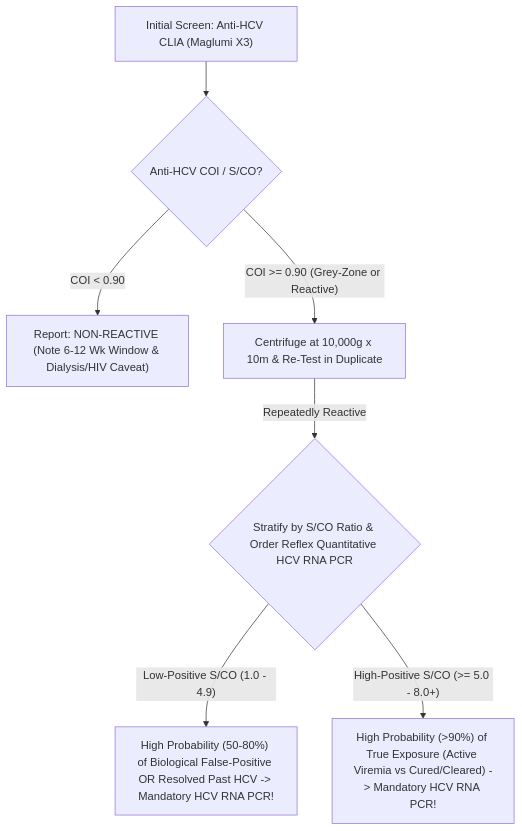
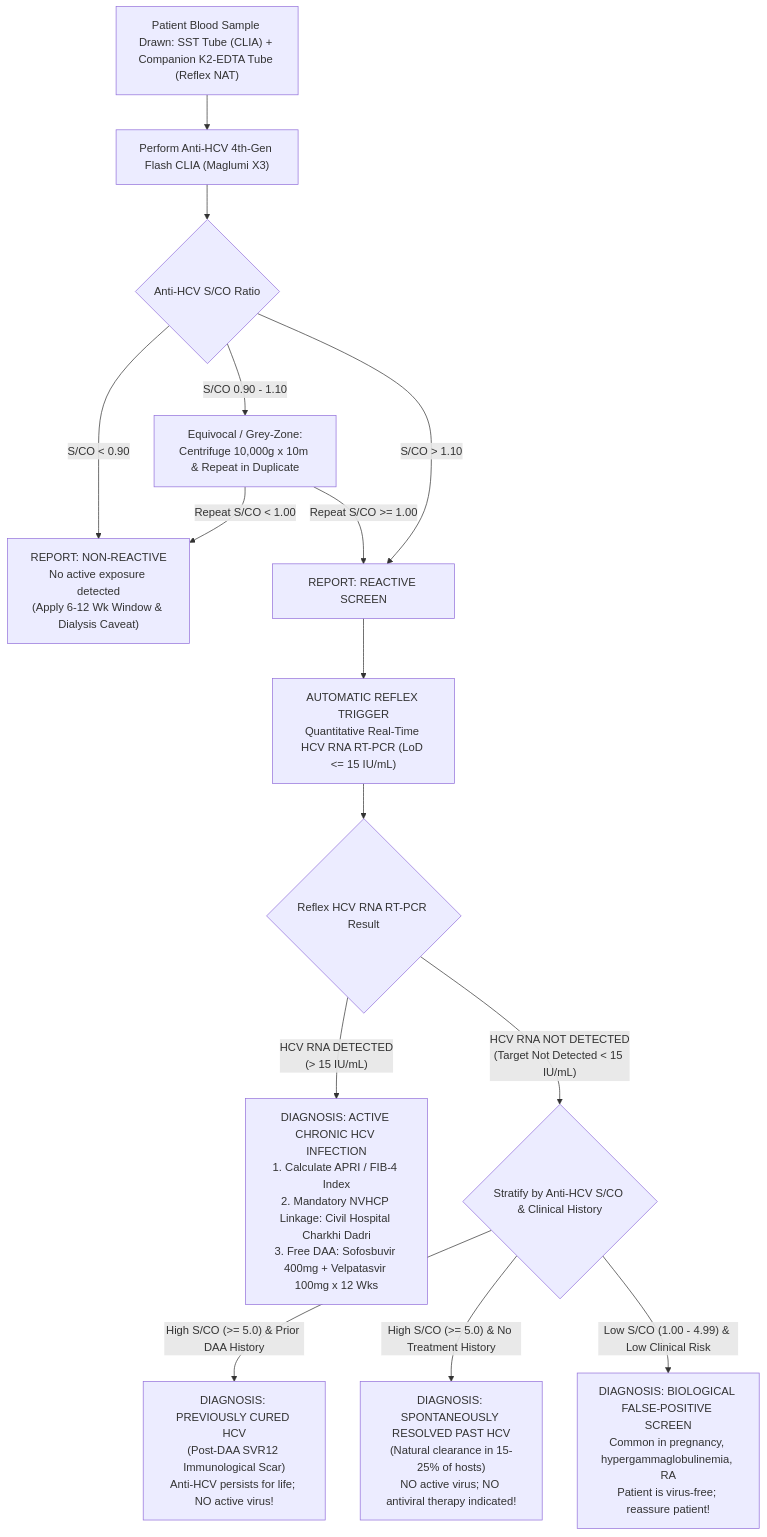
The diagram in 04_Serology_Infectious_Diseases_and_Immunology/4.2_Viral_Markers_HIV_Hepatitis_Syphilis_TORCH_and_EBV_Cluster/4.2.6_Hepatitis_C_Antibody_Anti_HCV_CLIA_and_Reflex_HCV_RNA_Protocol.md (sawariyadiagnostic/references-and-interpretations), drawn with Mermaid before and after one commit. The commit also changed other lines of this file and 4 other files, not shown here.

Commit message:
feat(serology): red-team international & above-NABL upgrade of Batch 36 Anti-HBc Total/IgM, Anti-HCV Reflex RNA, Anti-HAV, Anti-HEV Pregnancy Alert, Syphilis VDRL/RPR Prozone

````diff
--- a/04_Serology_Infectious_Diseases_and_Immunology/4.2_Viral_Markers_HIV_Hepatitis_Syphilis_TORCH_and_EBV_Cluster/4.2.6_Hepatitis_C_Antibody_Anti_HCV_CLIA_and_Reflex_HCV_RNA_Protocol.md
+++ b/04_Serology_Infectious_Diseases_and_Immunology/4.2_Viral_Markers_HIV_Hepatitis_Syphilis_TORCH_and_EBV_Cluster/4.2.6_Hepatitis_C_Antibody_Anti_HCV_CLIA_and_Reflex_HCV_RNA_Protocol.md
@@ -48,9 +87,17 @@
 ```mermaid
 flowchart TD
-    A["Initial Screen: Anti-HCV CLIA (Maglumi X3)"] --> B{"Anti-HCV COI / S/CO?"}
-    B -->|"COI < 0.90"| C["Report: NON-REACTIVE (Note 6-12 Wk Window & Dialysis/HIV Caveat)"]
-    B -->|"COI >= 0.90 (Grey-Zone or Reactive)"| D["Centrifuge at 10,000g x 10m & Re-Test in Duplicate"]
-    D -->|"Repeatedly Reactive"| E{"Stratify by S/CO Ratio & Order Reflex Quantitative HCV RNA PCR"}
-    E -->|"Low-Positive S/CO (1.0 - 4.9)"| F["High Probability (50-80%) of Biological False-Positive OR Resolved Past HCV -> Mandatory HCV RNA PCR!"]
-    E -->|"High-Positive S/CO (>= 5.0 - 8.0+)"| G["High Probability (>90%) of True Exposure (Active Viremia vs Cured/Cleared) -> Mandatory HCV RNA PCR!"]
+    A["Patient Blood Sample Drawn: SST Tube (CLIA) + Companion K2-EDTA Tube (Reflex NAT)"] --> B["Perform Anti-HCV 4th-Gen Flash CLIA (Maglumi X3)"]
+    B --> C{"Anti-HCV S/CO Ratio"}
+    C -->|"S/CO < 0.90"| D["REPORT: NON-REACTIVE\nNo active exposure detected\n(Apply 6-12 Wk Window & Dialysis Caveat)"]
+    C -->|"S/CO 0.90 - 1.10"| E["Equivocal / Grey-Zone:\nCentrifuge 10,000g x 10m & Repeat in Duplicate"]
+    E -->|"Repeat S/CO < 1.00"| D
+    E -->|"Repeat S/CO >= 1.00"| F["REPORT: REACTIVE SCREEN"]
+    C -->|"S/CO > 1.10"| F
+    F --> G["AUTOMATIC REFLEX TRIGGER\nQuantitative Real-Time HCV RNA RT-PCR (LoD <= 15 IU/mL)"]
+    G --> H{"Reflex HCV RNA RT-PCR Result"}
+    H -->|"HCV RNA DETECTED\n(> 15 IU/mL)"| I["DIAGNOSIS: ACTIVE CHRONIC HCV INFECTION\n1. Calculate APRI / FIB-4 Index\n2. Mandatory NVHCP Linkage: Civil Hospital Charkhi Dadri\n3. Free DAA: Sofosbuvir 400mg + Velpatasvir 100mg x 12 Wks"]
+    H -->|"HCV RNA NOT DETECTED\n(Target Not Detected < 15 IU/mL)"| J{"Stratify by Anti-HCV S/CO & Clinical History"}
+    J -->|"High S/CO (>= 5.0) & Prior DAA History"| K["DIAGNOSIS: PREVIOUSLY CURED HCV\n(Post-DAA SVR12 Immunological Scar)\nAnti-HCV persists for life; NO active virus!"]
+    J -->|"High S/CO (>= 5.0) & No Treatment History"| L["DIAGNOSIS: SPONTANEOUSLY RESOLVED PAST HCV\n(Natural clearance in 15-25% of hosts)\nNO active virus; NO antiviral therapy indicated!"]
+    J -->|"Low S/CO (1.00 - 4.99) & Low Clinical Risk"| M["DIAGNOSIS: BIOLOGICAL FALSE-POSITIVE SCREEN\nCommon in pregnancy, hypergammaglobulinemia, RA\nPatient is virus-free; reassure patient!"]
 ```
````
